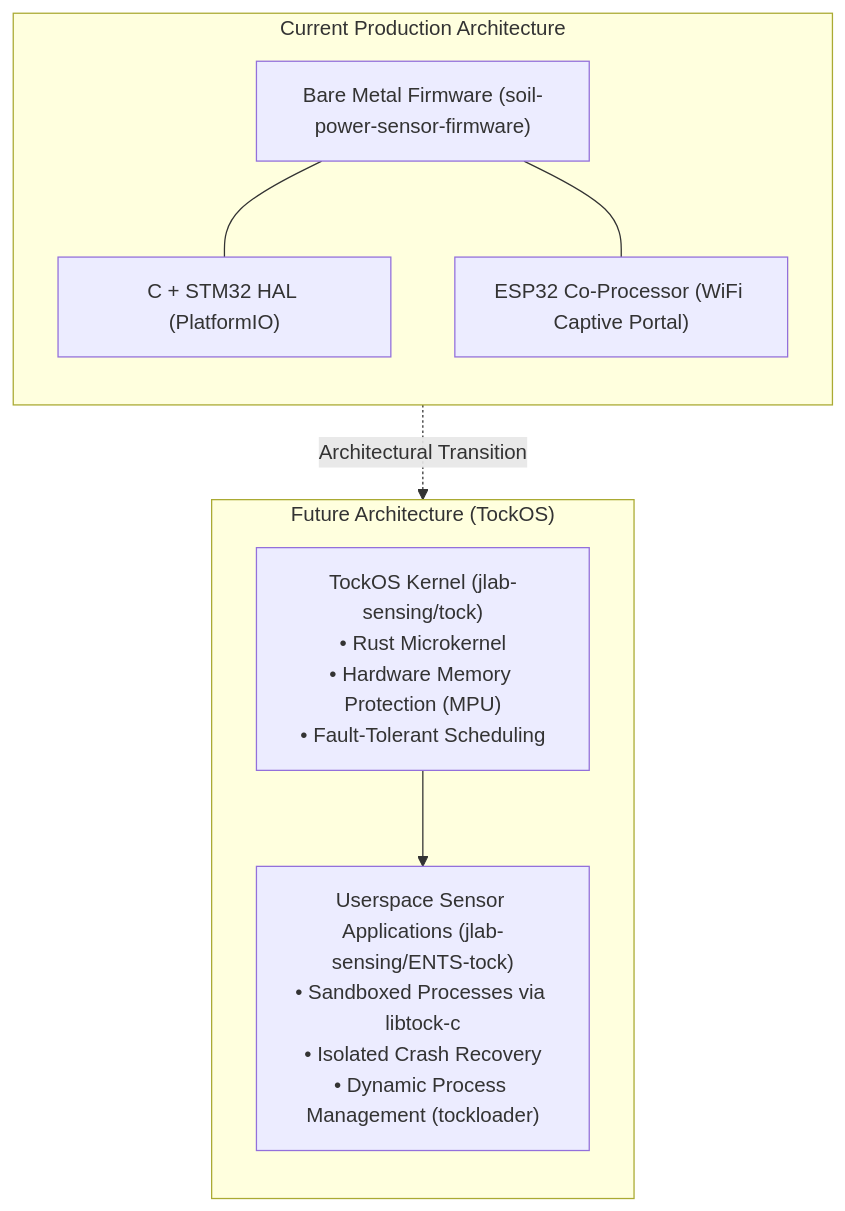
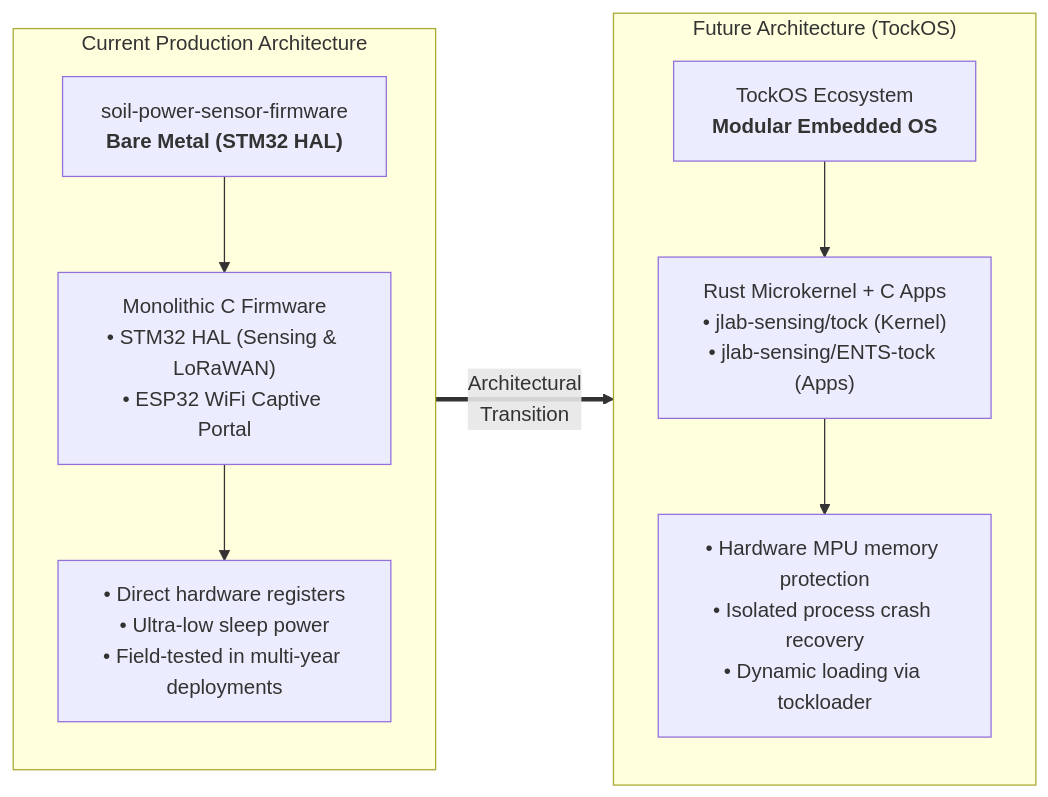
Before and after one commit to jlab-sensing/ENTS: the diagram in docs/roadmap.md, drawn with Mermaid. The commit also changed other lines of this file, not shown here.

Commit message:
fix(roadmap): convert firmware evolution flowchart to horizontal layout for improved readability

````diff
--- a/docs/roadmap.md
+++ b/docs/roadmap.md
@@ -11,20 +11,20 @@
 ```mermaid
-flowchart TD
+flowchart LR
     subgraph Current ["Current Production Architecture"]
         direction TB
-        BM_Core["Bare Metal Firmware (soil-power-sensor-firmware)"]
-        BM_Stack["C + STM32 HAL (PlatformIO)"]
-        BM_ESP["ESP32 Co-Processor (WiFi Captive Portal)"]
-        BM_Core --- BM_Stack
-        BM_Core --- BM_ESP
+        BM_Title["soil-power-sensor-firmware<br/><b>Bare Metal (STM32 HAL)</b>"]
+        BM_Stack["Monolithic C Firmware<br/>• STM32 HAL (Sensing & LoRaWAN)<br/>• ESP32 WiFi Captive Portal"]
+        BM_Feat["• Direct hardware registers<br/>• Ultra-low sleep power<br/>• Field-tested in multi-year deployments"]
+        BM_Title --> BM_Stack --> BM_Feat
     end
 
     subgraph Future ["Future Architecture (TockOS)"]
         direction TB
-        TK_Kernel["TockOS Kernel (jlab-sensing/tock)<br/>• Rust Microkernel<br/>• Hardware Memory Protection (MPU)<br/>• Fault-Tolerant Scheduling"]
-        TK_Apps["Userspace Sensor Applications (jlab-sensing/ENTS-tock)<br/>• Sandboxed Processes via libtock-c<br/>• Isolated Crash Recovery<br/>• Dynamic Process Management (tockloader)"]
-        TK_Kernel --> TK_Apps
+        TK_Title["TockOS Ecosystem<br/><b>Modular Embedded OS</b>"]
+        TK_Stack["Rust Microkernel + C Apps<br/>• jlab-sensing/tock (Kernel)<br/>• jlab-sensing/ENTS-tock (Apps)"]
+        TK_Feat["• Hardware MPU memory protection<br/>• Isolated process crash recovery<br/>• Dynamic loading via tockloader"]
+        TK_Title --> TK_Stack --> TK_Feat
     end
 
-    Current -.->|Architectural Transition| Future
+    Current ==>|Architectural<br/>Transition| Future
 ```
````
